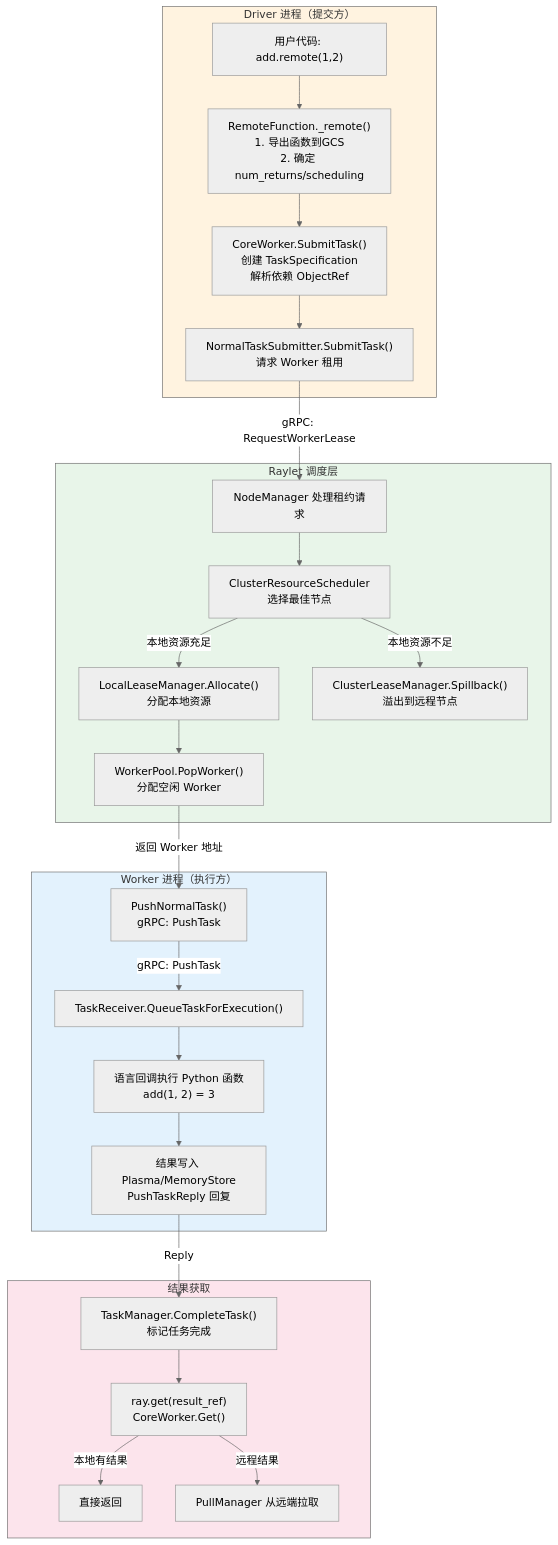
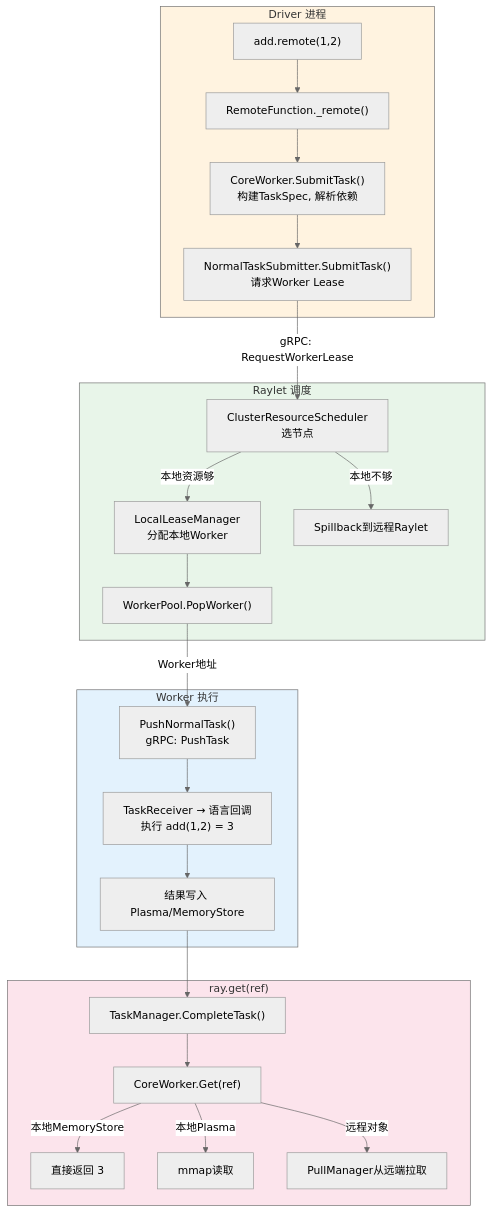
The third of 6 diagrams in doc/source/ray-core/ray-architecture-overview.md (wangguimin18-boop/ray-project), drawn with Mermaid (neutral theme) before and after one commit. The commit also changed other lines of this file, not shown here.

````diff
--- a/doc/source/ray-core/ray-architecture-overview.md
+++ b/doc/source/ray-core/ray-architecture-overview.md
@@ -660,35 +394,34 @@
 ```mermaid
 flowchart TB
-    subgraph Driver["Driver 进程（提交方）"]
-        A["用户代码: add.remote(1,2)"] --> B["RemoteFunction._remote()<br>1. 导出函数到GCS<br>2. 确定 num_returns/scheduling"]
-        B --> C["CoreWorker.SubmitTask()<br>创建 TaskSpecification<br>解析依赖 ObjectRef"]
-        C --> D["NormalTaskSubmitter.SubmitTask()<br>请求 Worker 租用"]
+    subgraph DRV["Driver 进程"]
+        A["add.remote(1,2)"] --> B["RemoteFunction._remote()"]
+        B --> C["CoreWorker.SubmitTask()<br>构建TaskSpec, 解析依赖"]
+        C --> D["NormalTaskSubmitter.SubmitTask()<br>请求Worker Lease"]
     end
 
-    subgraph RayletSched["Raylet 调度层"]
-        D -->|"gRPC: RequestWorkerLease"| E["NodeManager 处理租约请求"]
-        E --> F["ClusterResourceScheduler<br>选择最佳节点"]
-        F -->|"本地资源充足"| G["LocalLeaseManager.Allocate()<br>分配本地资源"]
-        F -->|"本地资源不足"| H["ClusterLeaseManager.Spillback()<br>溢出到远程节点"]
-        G --> I["WorkerPool.PopWorker()<br>分配空闲 Worker"]
+    subgraph RL["Raylet 调度"]
+        D -->|"gRPC: RequestWorkerLease"| E["ClusterResourceScheduler<br>选节点"]
+        E -->|"本地资源够"| F["LocalLeaseManager<br>分配本地Worker"]
+        E -->|"本地不够"| G["Spillback到远程Raylet"]
+        F --> H["WorkerPool.PopWorker()"]
     end
 
-    subgraph WorkerExec["Worker 进程（执行方）"]
-        I -->|"返回 Worker 地址"| J["PushNormalTask()<br>gRPC: PushTask"]
-        J -->|"gRPC: PushTask"| K["TaskReceiver.QueueTaskForExecution()"]
-        K --> L["语言回调执行 Python 函数<br>add(1, 2) = 3"]
-        L --> M["结果写入 Plasma/MemoryStore<br>PushTaskReply 回复"]
+    subgraph WK["Worker 执行"]
+        H -->|"Worker地址"| J["PushNormalTask()<br>gRPC: PushTask"]
+        J --> K["TaskReceiver → 语言回调<br>执行 add(1,2) = 3"]
+        K --> L["结果写入 Plasma/MemoryStore"]
     end
 
-    subgraph Result["结果获取"]
-        M -->|"Reply"| N["TaskManager.CompleteTask()<br>标记任务完成"]
-        N --> O["ray.get(result_ref)<br>CoreWorker.Get()"]
-        O -->|"本地有结果"| P["直接返回"]
-        O -->|"远程结果"| Q["PullManager 从远端拉取"]
+    subgraph GET["ray.get(ref)"]
+        L --> M["TaskManager.CompleteTask()"]
+        M --> N["CoreWorker.Get(ref)"]
+        N -->|"本地MemoryStore"| O["直接返回 3"]
+        N -->|"本地Plasma"| P["mmap读取"]
+        N -->|"远程对象"| Q["PullManager从远端拉取"]
     end
 
-    style Driver fill:#fff3e0
-    style RayletSched fill:#e8f5e9
-    style WorkerExec fill:#e3f2fd
-    style Result fill:#fce4ec
+    style DRV fill:#fff3e0
+    style RL fill:#e8f5e9
+    style WK fill:#e3f2fd
+    style GET fill:#fce4ec
 ```
````
